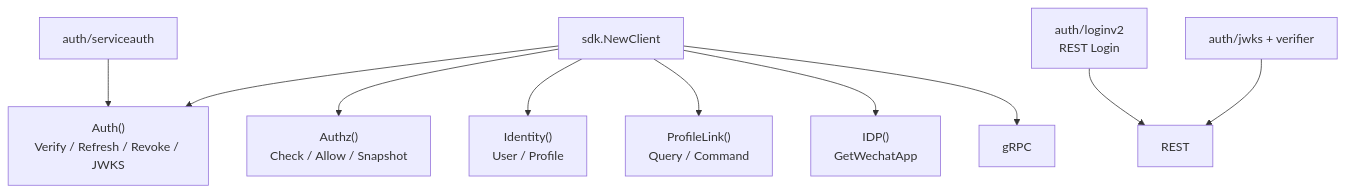
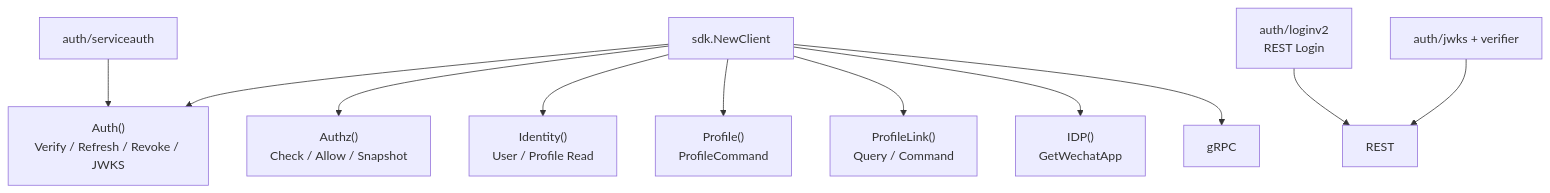
Before and after one commit to FangcunMount/iam: the third of 3 diagrams in docs/08-宣讲/09-REST-gRPC-SDK接入讲法.md, drawn with Mermaid. The commit also changed other lines of this file and 12 other files, not shown here.

Commit message:
feat iam sdk 更新：新增 factory.go：identity.NewClientFromConn、NewProfileClientFromConn、NewProfileLinkClientFromConn。 pkg/sdk/client.go 的 initSubClients 改为使用这些工厂，保持拆分式 SDK 装配规则集中。

````diff
--- a/docs/08-宣讲/09-REST-gRPC-SDK接入讲法.md
+++ b/docs/08-宣讲/09-REST-gRPC-SDK接入讲法.md
@@ -133,23 +133,25 @@
 ```mermaid
 flowchart TD
     SDK["sdk.NewClient"]
     Auth["Auth()<br/>Verify / Refresh / Revoke / JWKS"]
     Authz["Authz()<br/>Check / Allow / Snapshot"]
-    Identity["Identity()<br/>User / Profile"]
+    Identity["Identity()<br/>User / Profile Read"]
+    Profile["Profile()<br/>ProfileCommand"]
     ProfileLink["ProfileLink()<br/>Query / Command"]
     IDP["IDP()<br/>GetWechatApp"]
     LoginV2["auth/loginv2<br/>REST Login"]
     JWKS["auth/jwks + verifier"]
     ServiceAuth["auth/serviceauth"]
 
     SDK --> Auth
     SDK --> Authz
     SDK --> Identity
+    SDK --> Profile
     SDK --> ProfileLink
     SDK --> IDP
 
     LoginV2 --> REST["REST"]
     JWKS --> REST
     SDK --> GRPC["gRPC"]
     ServiceAuth --> Auth
 ```
````
